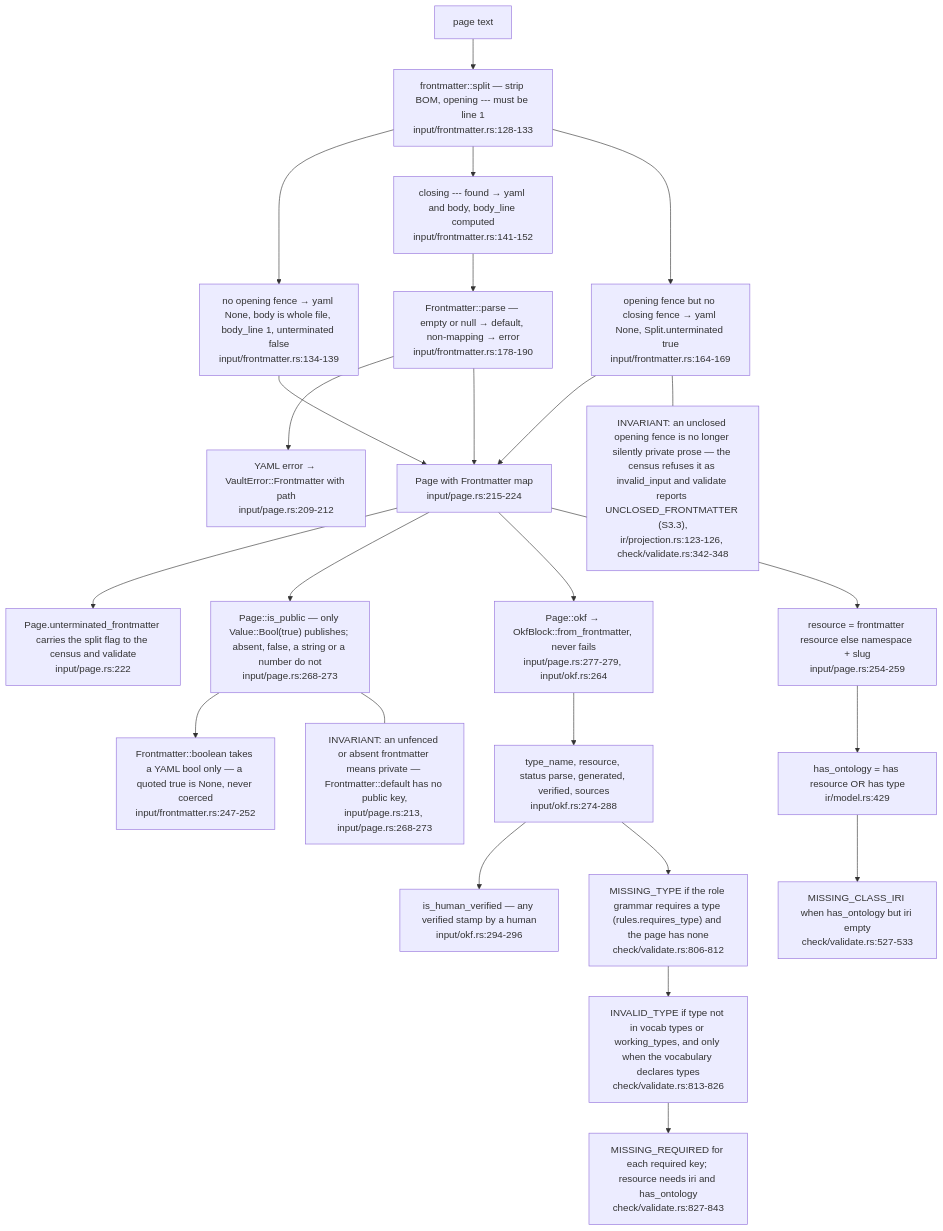
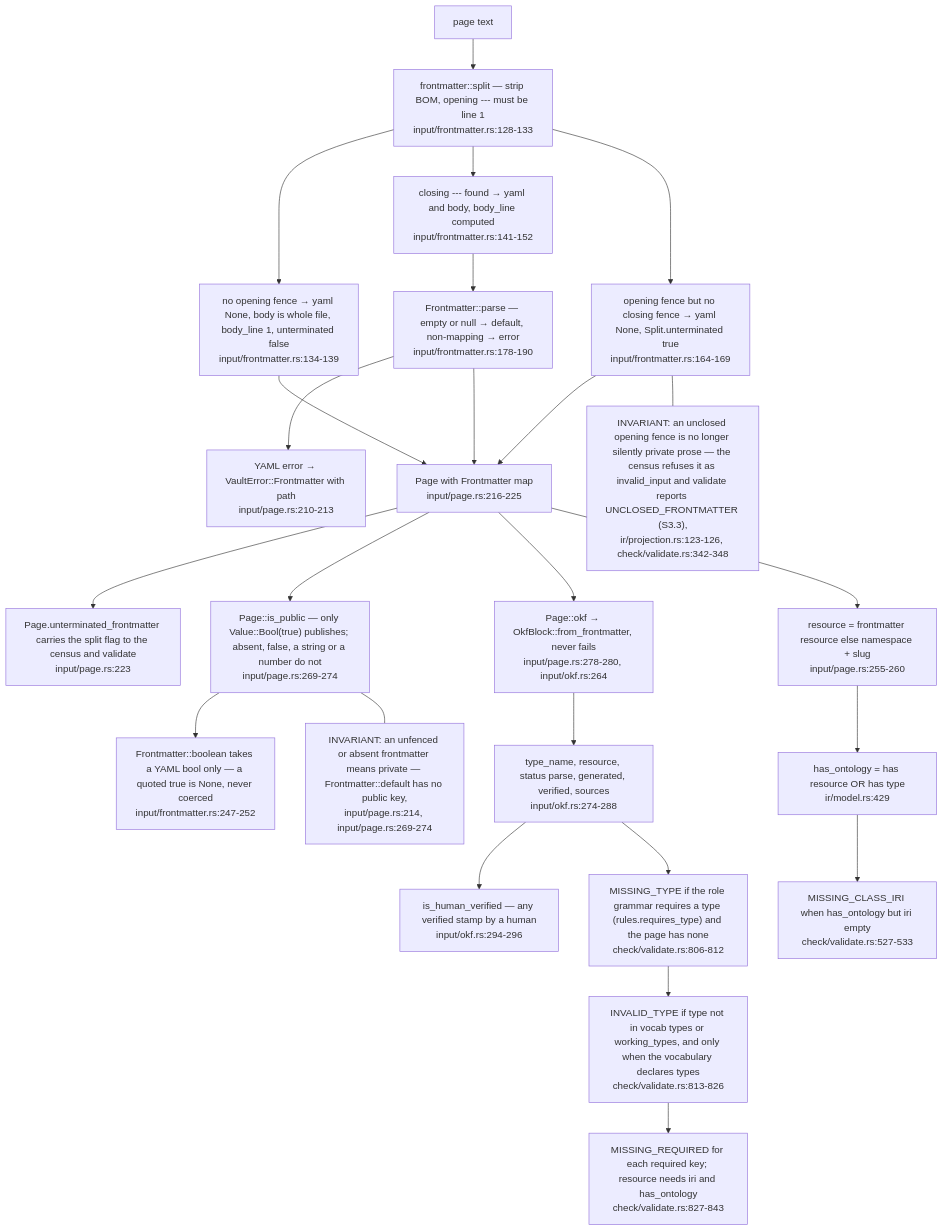
The third of 6 diagrams in docs/diagrams/ontomark/01-input-layer-vault-pages-and-gates.md (DreamLab-AI/VisionFlow), drawn with Mermaid before and after one commit. The commit also changed other lines of this file and 91 other files, not shown here.

````diff
--- a/docs/diagrams/ontomark/01-input-layer-vault-pages-and-gates.md
+++ b/docs/diagrams/ontomark/01-input-layer-vault-pages-and-gates.md
@@ -133,40 +139,40 @@
 ```mermaid
 flowchart TD
     TXT["page text"]
     SPLIT["frontmatter::split — strip BOM, opening --- must be line 1<br/>input/frontmatter.rs:128-133"]
     NOFM["no opening fence → yaml None, body is whole file, body_line 1, unterminated false<br/>input/frontmatter.rs:134-139"]
     CLOSE["closing --- found → yaml and body, body_line computed<br/>input/frontmatter.rs:141-152"]
     UNCLOSED["opening fence but no closing fence → yaml None, Split.unterminated true<br/>input/frontmatter.rs:164-169"]
     FMPARSE["Frontmatter::parse — empty or null → default, non-mapping → error<br/>input/frontmatter.rs:178-190"]
-    PERR["YAML error → VaultError::Frontmatter with path<br/>input/page.rs:209-212"]
-    PAGE["Page with Frontmatter map<br/>input/page.rs:215-224"]
-    UFLAG["Page.unterminated_frontmatter carries the split flag to the census and validate<br/>input/page.rs:222"]
-    PUBLIC["Page::is_public — only Value::Bool(true) publishes; absent, false, a string or a number do not<br/>input/page.rs:268-273"]
+    PERR["YAML error → VaultError::Frontmatter with path<br/>input/page.rs:210-213"]
+    PAGE["Page with Frontmatter map<br/>input/page.rs:216-225"]
+    UFLAG["Page.unterminated_frontmatter carries the split flag to the census and validate<br/>input/page.rs:223"]
+    PUBLIC["Page::is_public — only Value::Bool(true) publishes; absent, false, a string or a number do not<br/>input/page.rs:269-274"]
     BOOL["Frontmatter::boolean takes a YAML bool only — a quoted true is None, never coerced<br/>input/frontmatter.rs:247-252"]
-    OKF["Page::okf → OkfBlock::from_frontmatter, never fails<br/>input/page.rs:277-279, input/okf.rs:264"]
+    OKF["Page::okf → OkfBlock::from_frontmatter, never fails<br/>input/page.rs:278-280, input/okf.rs:264"]
     OKFF["type_name, resource, status parse, generated, verified, sources<br/>input/okf.rs:274-288"]
     HV["is_human_verified — any verified stamp by a human<br/>input/okf.rs:294-296"]
     GTYPE["MISSING_TYPE if the role grammar requires a type (rules.requires_type) and the page has none<br/>check/validate.rs:806-812"]
     GINV["INVALID_TYPE if type not in vocab types or working_types, and only when the vocabulary declares types<br/>check/validate.rs:813-826"]
     GREQ["MISSING_REQUIRED for each required key; resource needs iri and has_ontology<br/>check/validate.rs:827-843"]
     GONT["has_ontology = has resource OR has type<br/>ir/model.rs:429"]
     GIRI["MISSING_CLASS_IRI when has_ontology but iri empty<br/>check/validate.rs:527-533"]
-    GRES["resource = frontmatter resource else namespace + slug<br/>input/page.rs:254-259"]
+    GRES["resource = frontmatter resource else namespace + slug<br/>input/page.rs:255-260"]
     TXT --> SPLIT
     SPLIT --> NOFM
     SPLIT --> CLOSE
     SPLIT --> UNCLOSED
     CLOSE --> FMPARSE --> PERR
     FMPARSE --> PAGE
     NOFM --> PAGE
     UNCLOSED --> PAGE
     PAGE --> UFLAG
     PAGE --> PUBLIC --> BOOL
     PAGE --> OKF --> OKFF --> HV
     OKFF --> GTYPE --> GINV --> GREQ
     PAGE --> GRES --> GONT --> GIRI
-    note1["INVARIANT: an unfenced or absent frontmatter means private — Frontmatter::default has no public key,<br/>input/page.rs:213, input/page.rs:268-273"]
+    note1["INVARIANT: an unfenced or absent frontmatter means private — Frontmatter::default has no public key,<br/>input/page.rs:214, input/page.rs:269-274"]
     note2["INVARIANT: an unclosed opening fence is no longer silently private prose — the census refuses it as invalid_input and validate reports UNCLOSED_FRONTMATTER (S3.3),<br/>ir/projection.rs:123-126, check/validate.rs:342-348"]
     PUBLIC --- note1
     UNCLOSED --- note2
 ```
````
